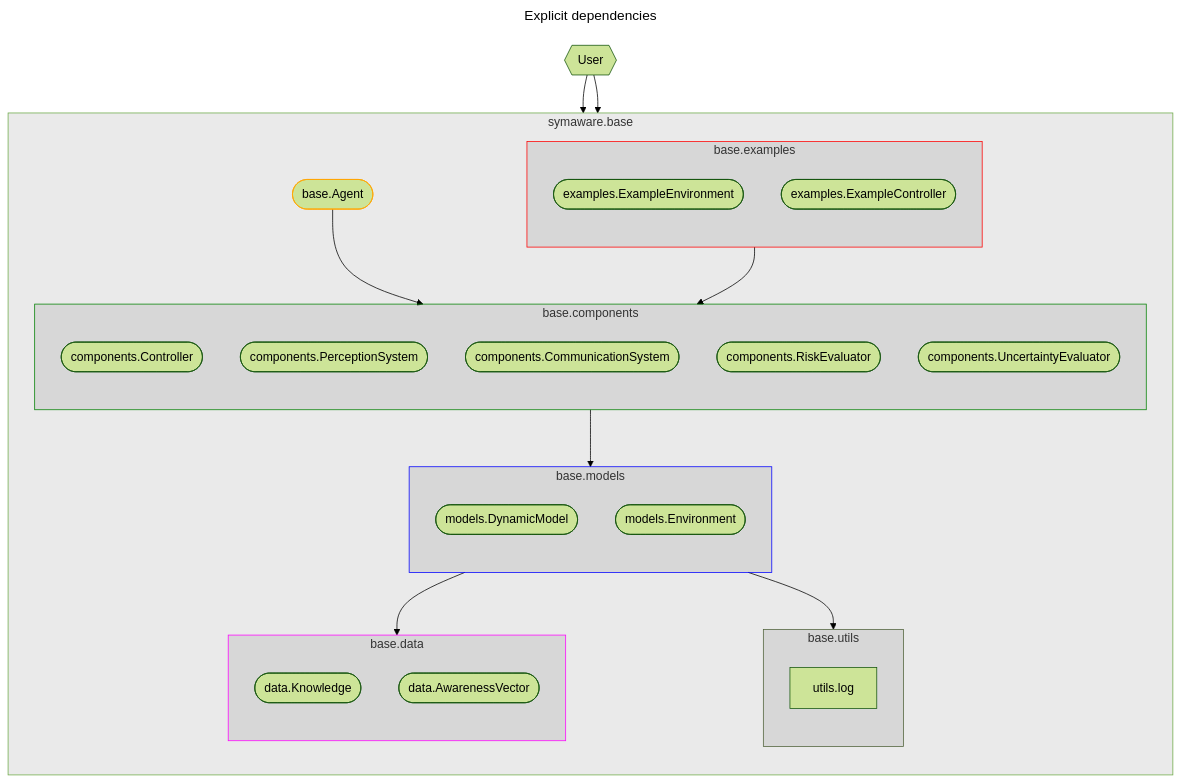
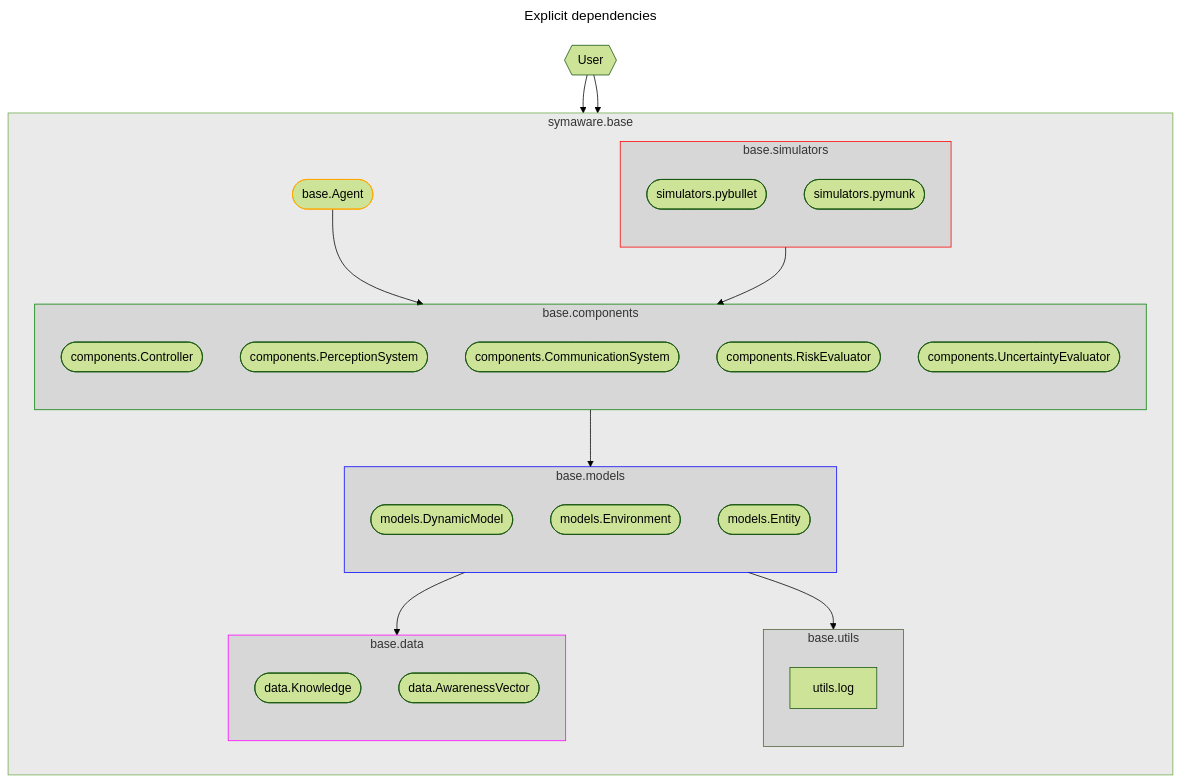
Before and after one commit to TendTo/Newcastle-Presentations: the seventh of 8 diagrams in presentations/EICSymAware-package/README.md, drawn with Mermaid (forest theme). The commit also changed other lines of this file and 1 other file, not shown here.

````diff
--- a/presentations/EICSymAware-package/README.md
+++ b/presentations/EICSymAware-package/README.md
@@ -278,63 +278,64 @@
 ```mermaid
 ---
 title: Explicit dependencies
 ---
 flowchart TB
     user{{User}}
     subgraph base["symaware.base"]
         direction TB
         agent([base.Agent])
-        subgraph examples[base.examples]
+        subgraph simulators[base.simulators]
             direction TB
-            example_environment([examples.ExampleEnvironment])
-            example_controller([examples.ExampleController])
+            simulator_pybullet([simulators.pybullet])
+            simulator_pymunk([simulators.pymunk])
         end
         subgraph components[base.components]
             direction TB
             controller([components.Controller])
             perception_system([components.PerceptionSystem])
             communication_system([components.CommunicationSystem])
             risk_evaluator([components.RiskEvaluator])
             uncertainty_evaluator([components.UncertaintyEvaluator])
         end
         subgraph models[base.models]
         direction TB
             dynamical_model([models.DynamicModel])
             environment([models.Environment])
+            entity([models.Entity])
         end
         subgraph utils[base.utils]
             direction TB
             logger[utils.log]
         end
         subgraph data[base.data]
             direction TB
             knowledge([data.Knowledge])
             awareness_vector([data.AwarenessVector])
         end
     end
 
 user --> agent
-user --> examples
+user --> simulators
 agent --> components
-examples --> components
+simulators --> components
 components --> models
 models --> data
 models --> utils
 
 
 classDef background fill:#00000015
 classDef yellow stroke:#50623A,stroke-width:1px
 classDef red stroke:red,stroke-width:1px
 classDef green stroke:green,stroke-width:1px
 classDef blue stroke:blue,stroke-width:1px
 classDef orange stroke:orange,stroke-width:1px
 classDef magenta stroke:magenta,stroke-width:1px
 
-class examples red;
+class simulators red;
 class agent orange;
 class components green;
 class models blue;
 class utils yellow;
 class data magenta;
-class base,examples,components,models,utils,data background;
+class base,simulators,components,models,utils,data background;
 ```
````
